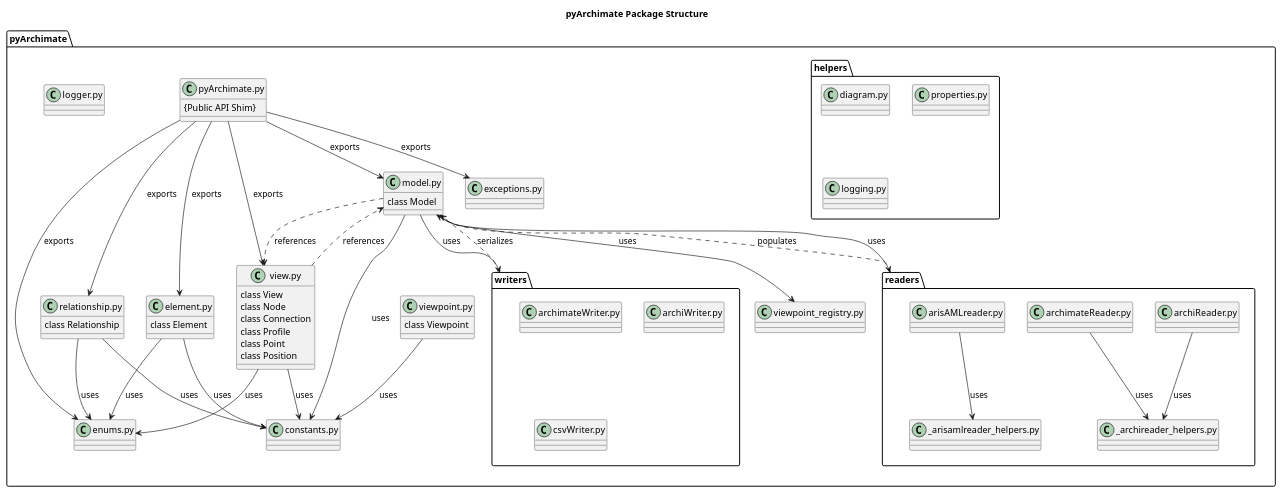
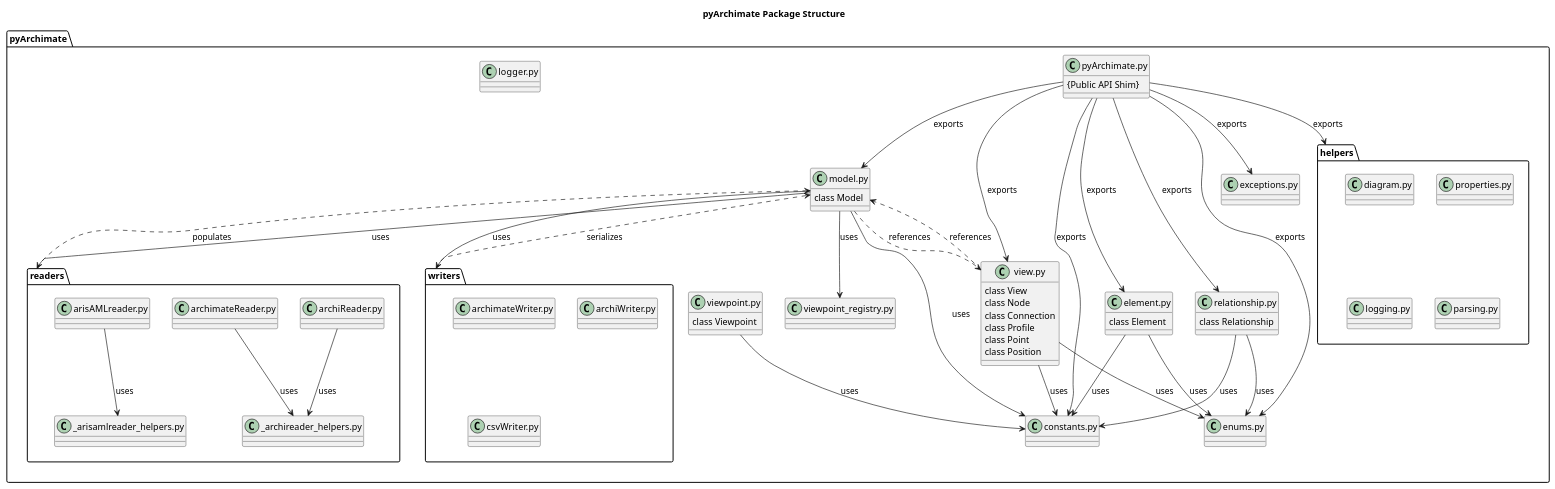
Before and after one commit to pyArchimate/pyArchimate: the diagram in docs/diagrams/package.puml, drawn with PlantUML. The commit also changed 191 other files, not shown here.

Commit message:
docs: regenerate diagrams, AI.md, and Sphinx docs pre-release

```diff
--- a/docs/diagrams/package.puml
+++ b/docs/diagrams/package.puml
@@ -1,92 +1,95 @@
 @startuml
 title pyArchimate Package Structure
 
 package "pyArchimate" {
   class "pyArchimate.py" as Facade {
     {Public API Shim}
   }
 
   class "model.py" as ModelMod {
     class Model
   }
 
   class "view.py" as ViewMod {
     class View
     class Node
     class Connection
     class Profile
     class Point
     class Position
   }
 
   class "element.py" as ElementMod {
     class Element
   }
 
   class "relationship.py" as RelationshipMod {
     class Relationship
   }
 
   class "viewpoint.py" as ViewpointMod {
     class Viewpoint
   }
 
   class "viewpoint_registry.py" as ViewpointRegistry
 
   class "constants.py" as Constants
   class "enums.py" as Enums
   class "exceptions.py" as Exceptions
   class "logger.py" as Logger
 
   package "helpers" {
     class "diagram.py" as DiagramHelper
     class "properties.py" as PropertiesHelper
     class "logging.py" as LoggingHelper
+    class "parsing.py" as ParsingHelper
   }
 
   package "readers" {
     class "_archireader_helpers.py" as ArchiReaderHelpers
     class "_arisamlreader_helpers.py" as ArisAMLHelpers
     class "archiReader.py" as ArchiReader
     class "archimateReader.py" as ArchimateReader
     class "arisAMLreader.py" as ArisAMLReader
   }
 
   package "writers" {
     class "archimateWriter.py" as ArchimateWriter
     class "archiWriter.py" as ArchiWriter
     class "csvWriter.py" as CsvWriter
   }
 }
 
 Facade --> ModelMod : exports
 Facade --> ViewMod : exports
 Facade --> ElementMod : exports
 Facade --> RelationshipMod : exports
 Facade --> Enums : exports
 Facade --> Exceptions : exports
+Facade --> Constants : exports
+Facade --> helpers : exports
 
 ModelMod ..> ViewMod : references
 ViewMod ..> ModelMod : references
 ModelMod --> readers : uses
 ModelMod --> writers : uses
 ModelMod --> ViewpointRegistry : uses
 
 readers ..> ModelMod : populates
 writers ..> ModelMod : serializes
 
 ArchiReader --> ArchiReaderHelpers : uses
 ArchimateReader --> ArchiReaderHelpers : uses
 ArisAMLReader --> ArisAMLHelpers : uses
 
 ModelMod --> Constants : uses
 ViewMod --> Constants : uses
 ElementMod --> Constants : uses
 RelationshipMod --> Constants : uses
 ViewpointMod --> Constants : uses
 
 ElementMod --> Enums : uses
 RelationshipMod --> Enums : uses
 ViewMod --> Enums : uses
 
 @enduml
```
